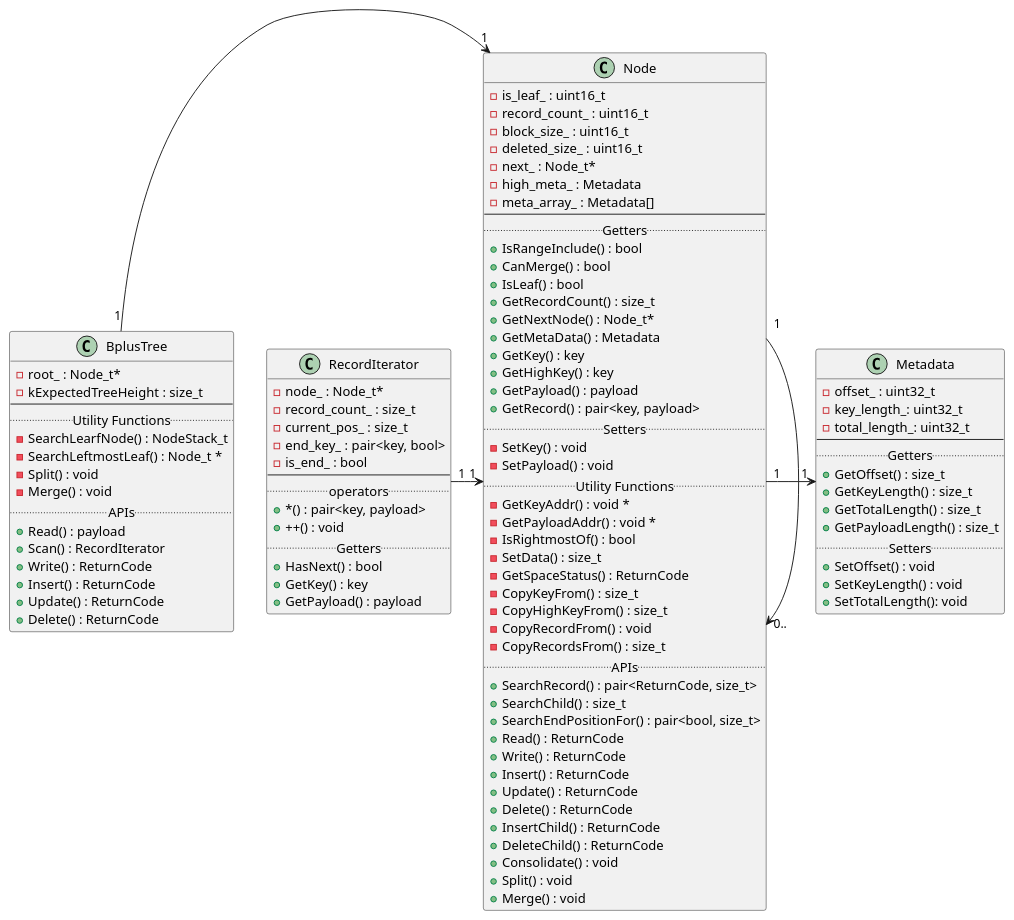
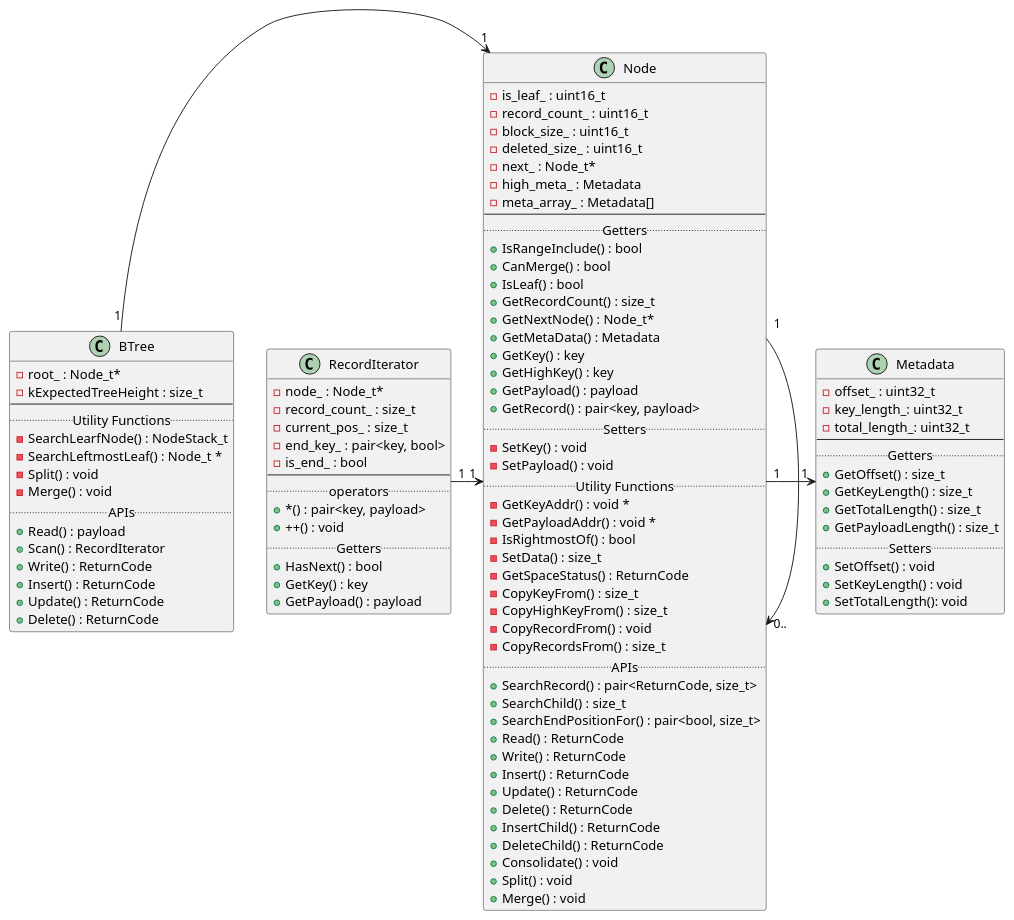
The diagram in design_doc/figures/src/class.wsd (dbgroup-nagoya-u/b-tree), drawn with PlantUML before and after one commit. The commit also changed 17 other files, not shown here.

```diff
--- a/design_doc/figures/src/class.wsd
+++ b/design_doc/figures/src/class.wsd
@@ -1,107 +1,107 @@
 @startuml
 
-class BplusTree{
+class BTree{
   -root_ : Node_t*
   -kExpectedTreeHeight : size_t
 --
 .. Utility Functions ..
   -SearchLearfNode() : NodeStack_t
   -SearchLeftmostLeaf() : Node_t *
   -Split() : void
   -Merge() : void
 .. APIs ..
   +Read() : payload
   +Scan() : RecordIterator
   +Write() : ReturnCode
   +Insert() : ReturnCode
   +Update() : ReturnCode
   +Delete() : ReturnCode
 }
 
 class Node{
   -is_leaf_ : uint16_t
   -record_count_ : uint16_t
   -block_size_ : uint16_t
   -deleted_size_ : uint16_t
   -next_ : Node_t*
   -high_meta_ : Metadata
   -meta_array_ : Metadata[]
 --
 .. Getters ..
   +IsRangeInclude() : bool
   +CanMerge() : bool
   +IsLeaf() : bool
   +GetRecordCount() : size_t
   +GetNextNode() : Node_t*
   +GetMetaData() : Metadata
   +GetKey() : key
   +GetHighKey() : key
   +GetPayload() : payload
   +GetRecord() : pair<key, payload>
 .. Setters ..
   -SetKey() : void
   -SetPayload() : void
 .. Utility Functions ..
   -GetKeyAddr() : void *
   -GetPayloadAddr() : void *
   -IsRightmostOf() : bool
   -SetData() : size_t
   -GetSpaceStatus() : ReturnCode
   -CopyKeyFrom() : size_t
   -CopyHighKeyFrom() : size_t
   -CopyRecordFrom() : void
   -CopyRecordsFrom() : size_t
 .. APIs ..
   +SearchRecord() : pair<ReturnCode, size_t>
   +SearchChild() : size_t
   +SearchEndPositionFor() : pair<bool, size_t>
   +Read() : ReturnCode
   +Write() : ReturnCode
   +Insert() : ReturnCode
   +Update() : ReturnCode
   +Delete() : ReturnCode
   +InsertChild() : ReturnCode
   +DeleteChild() : ReturnCode
   +Consolidate() : void
   +Split() : void
   +Merge() : void
 }
 
 class Metadata{
   -offset_ : uint32_t
   -key_length_: uint32_t
   -total_length_: uint32_t
 --
 .. Getters ..
   +GetOffset() : size_t
   +GetKeyLength() : size_t
   +GetTotalLength() : size_t
   +GetPayloadLength() : size_t
 .. Setters ..
   +SetOffset() : void
   +SetKeyLength() : void
   +SetTotalLength(): void
 }
 
 class RecordIterator{
   -node_ : Node_t*
   -record_count_ : size_t
   -current_pos_ : size_t
   -end_key_ : pair<key, bool>
   -is_end_ : bool
 --
 .. operators ..
   + *() : pair<key, payload>
   + ++() : void
 .. Getters ..
   +HasNext() : bool
   +GetKey() : key
   +GetPayload() : payload
 }
 
-BplusTree "1" -> "1" Node
+BTree "1" -> "1" Node
 Node "1" -> "1" Metadata
 Node "1" -> "0.." Node
 RecordIterator "1" -> "1" Node
 
 @enduml
```
